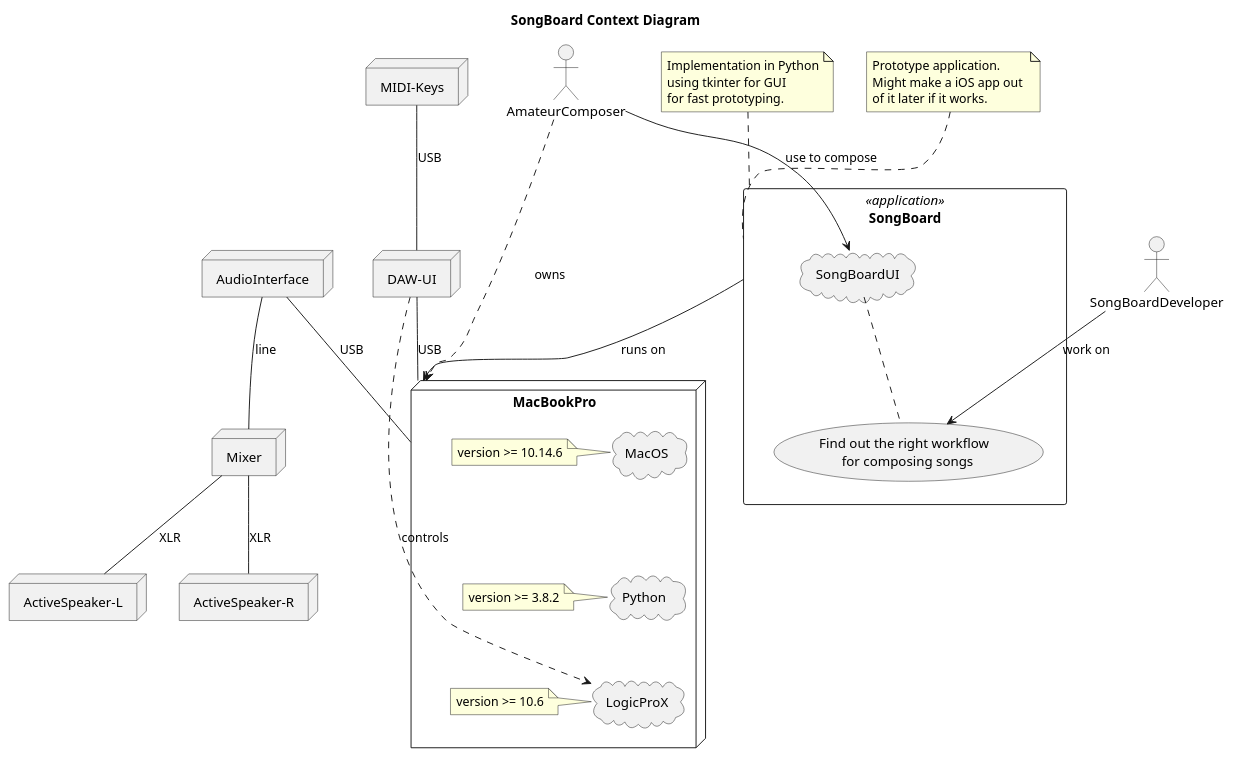
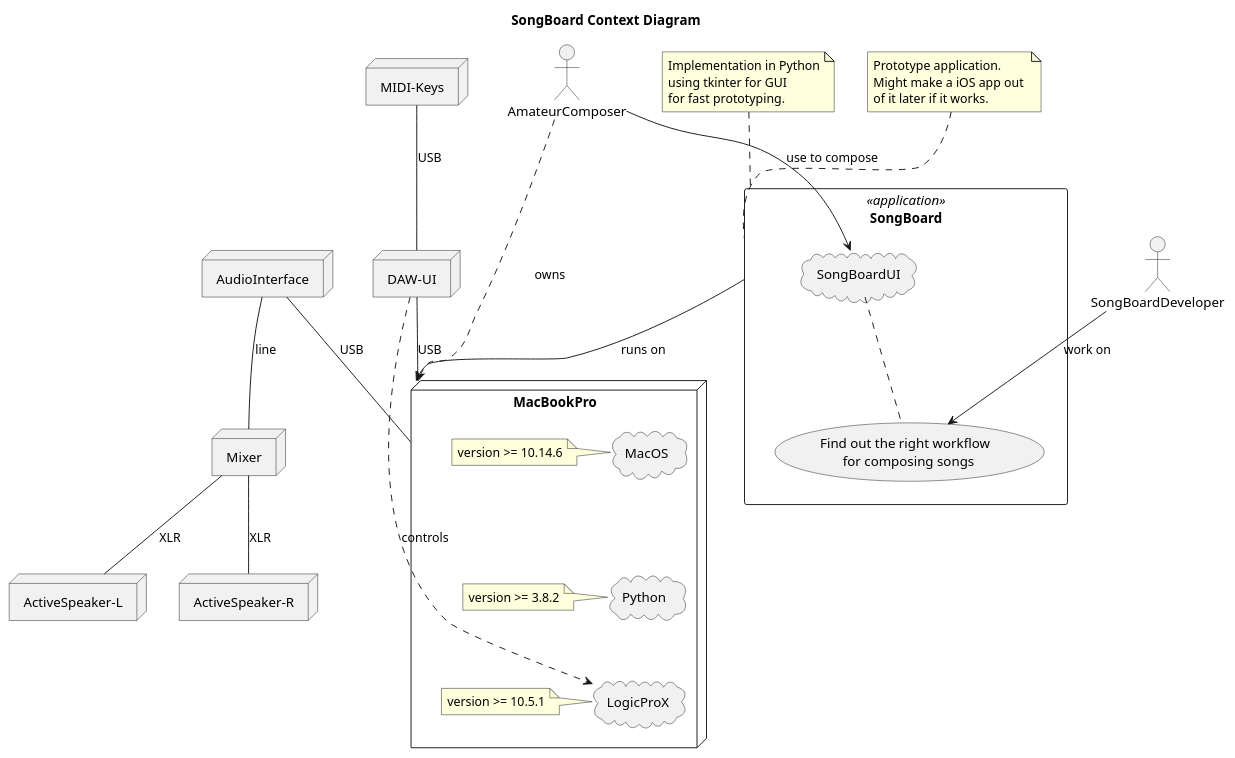
Before and after one commit to DrMarkusVoss/SongBoard: the diagram in arch/01_context/SongBoard_Context.puml, drawn with PlantUML. The commit also changed 5 other files, not shown here.

Commit message:
added use case diagrams

```diff
--- a/arch/01_context/SongBoard_Context.puml
+++ b/arch/01_context/SongBoard_Context.puml
@@ -1,88 +1,88 @@
 @startuml
 
 skinparam componentStyle uml2
 
 title SongBoard Context Diagram
 
 
 :AmateurComposer:
 :SongBoardDeveloper:
 
  
 rectangle "SongBoard" <<application>> as sb {
     cloud SongBoardUI { 
     } 
     (Find out the right workflow \n for composing songs) as ucdw
     SongBoardUI .. ucdw
 } 
 
 note top of sb
     Prototype application.
     Might make a iOS app out 
     of it later if it works.
 end note
 
 note top of sb
     Implementation in Python
     using tkinter for GUI 
     for fast prototyping.
 end note
 
 node MacBookPro {
 cloud MacOS {
 }
  note left of MacOS : version >= 10.14.6
 
 cloud Python {
  }
  note left of Python: version >= 3.8.2
 
 cloud LogicProX as lpx {
  }
- note left of lpx: version >= 10.6
+ note left of lpx: version >= 10.5.1
 
 } 
 
 node AudioInterface {
 
 }
 
 node DAW-UI  as dui {
 
 }
 
 node MIDI-Keys  as mk{
 
 }
 
 node Mixer as mixer {
      
 }
 
 node ActiveSpeaker-L as asl {
 
 }
 
 node ActiveSpeaker-R as asr {
 
 }
 
 MacOS -[hidden]-> Python
 Python -[hidden]-> lpx
 
 AmateurComposer --> SongBoardUI : use to compose
 sb -down-> MacBookPro: runs on
 AmateurComposer ..> MacBookPro : owns
 AudioInterface -- MacBookPro : USB
 dui -- MacBookPro : USB
 mk -- dui : USB
 AudioInterface -- mixer : line
 mixer -- asl : XLR
 mixer -- asr : XLR
 
 SongBoardDeveloper --> ucdw : work on
 
 dui ..> lpx : controls
 
 
 @enduml
```
